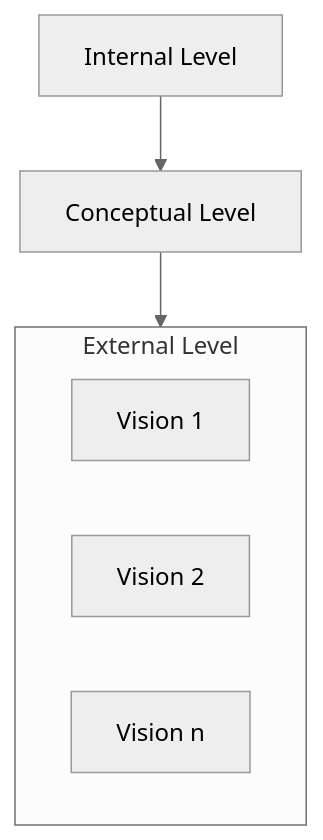
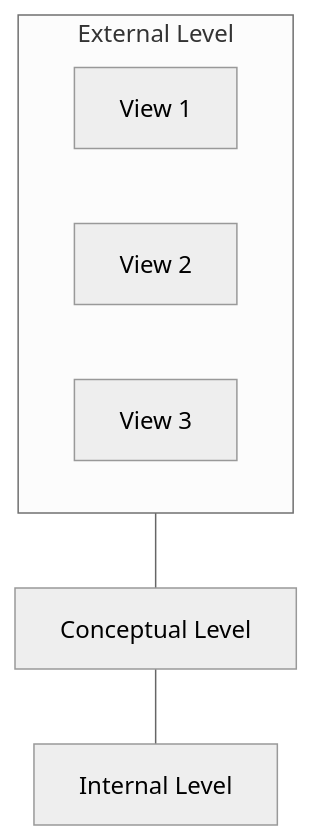
The second of 5 diagrams in README.md (artghieri/SQL-Guide), drawn with Mermaid (neutral theme) before and after one commit. The commit also changed other lines of this file, not shown here.

````diff
--- a/README.md
+++ b/README.md
@@ -175,13 +177,13 @@
 ```mermaid
 flowchart TD
-  subgraph id["External Level"]
-    a["Vision 1"]
-    b["Vision 2"]
-    c["Vision n"]
-  end
-  e --> id
-  d --> e
-  e["Conceptual Level"]
-  d["Internal Level"]
+    e["Conceptual Level"]
+    d["Internal Level"]
+    subgraph id["External Level"]
+        a["View 1"]
+        b["View 2"]
+        c["View 3"]
+    end
 
+    id --- e
+    e --- d
 ```
````
